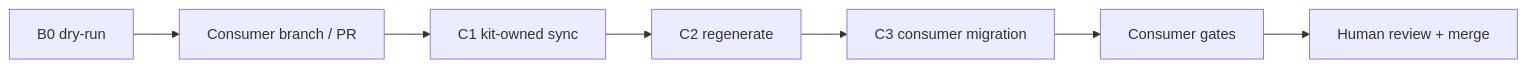
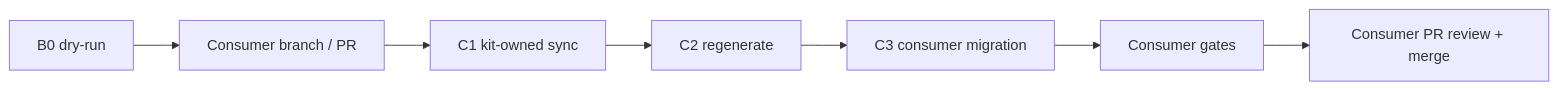
The diagram in docs/references/guides/wiki-viva-v8-downstream-upgrade.md (kimlage/wiki-viva-kit), drawn with Mermaid before and after one commit. The commit also changed other lines of this file and 34 other files, not shown here.

Commit message:
docs: require independent PR review with existing gates

````diff
--- a/docs/references/guides/wiki-viva-v8-downstream-upgrade.md
+++ b/docs/references/guides/wiki-viva-v8-downstream-upgrade.md
@@ -20,9 +20,9 @@
 ```mermaid
 flowchart LR
     B0["B0 dry-run"] --> PR["Consumer branch / PR"]
     PR --> C1["C1 kit-owned sync"]
     C1 --> C2["C2 regenerate"]
     C2 --> C3["C3 consumer migration"]
     C3 --> Gates["Consumer gates"]
-    Gates --> Human["Human review + merge"]
+    Gates --> Review["Consumer PR review + merge"]
 ```
````
